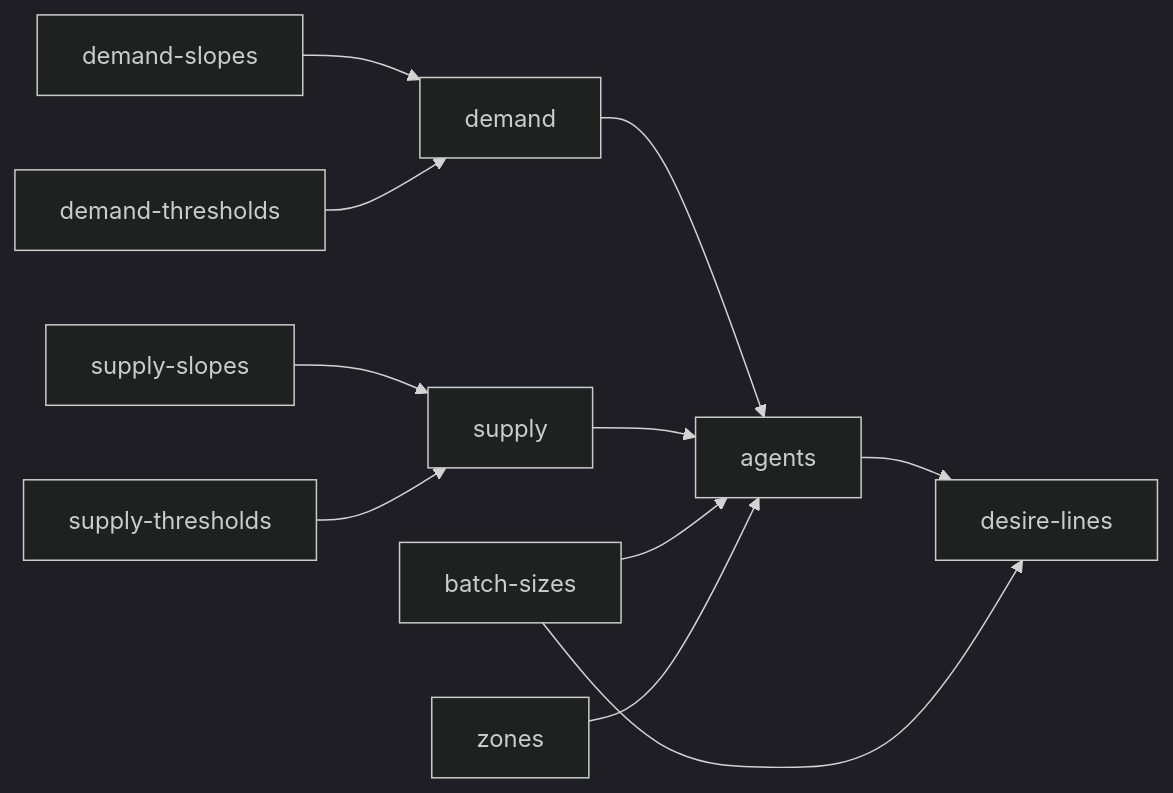
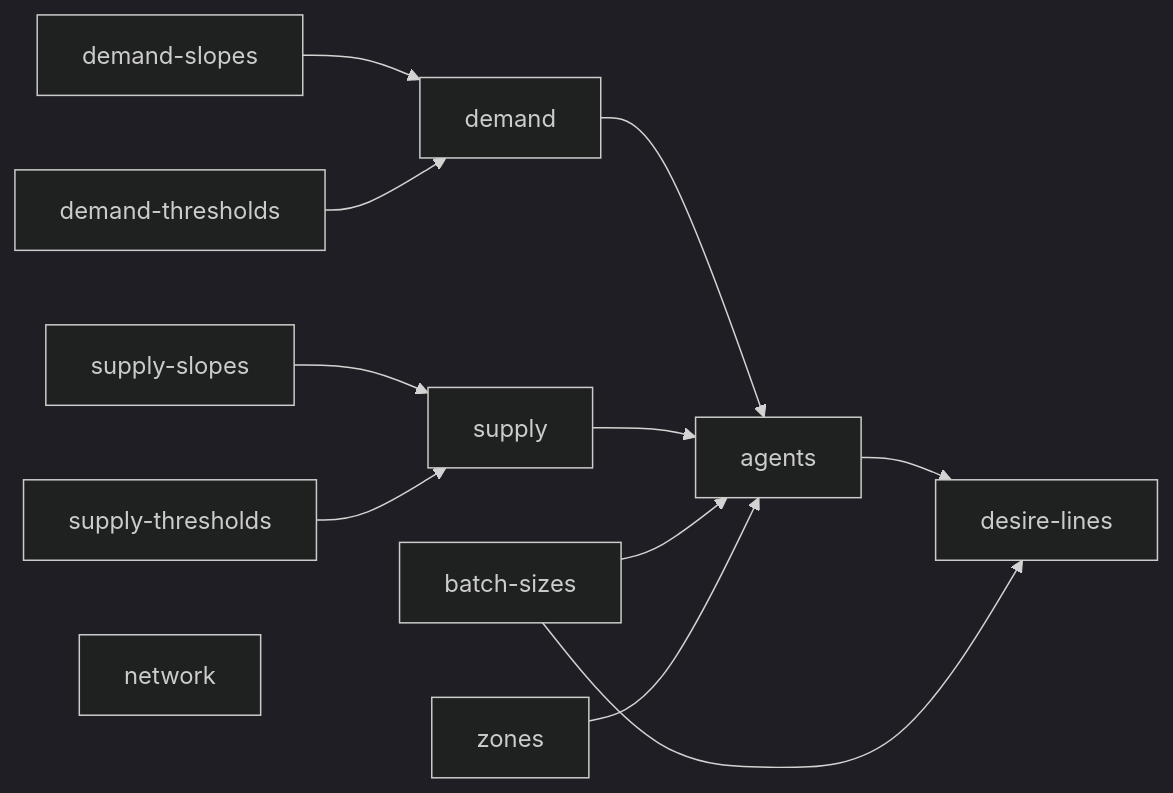
The diagram in README.md (hcubasd/urban-dollop), drawn with Mermaid (dark theme) before and after one commit. The commit also changed 4 other files, not shown here.

````diff
--- a/README.md
+++ b/README.md
@@ -3,13 +3,14 @@
 ```mermaid
 flowchart LR
     demand_slopes[demand-slopes] --> demand[demand]
     demand_thresholds[demand-thresholds] --> demand
     supply_slopes[supply-slopes] --> supply[supply]
     supply_thresholds[supply-thresholds] --> supply
     demand --> agents[agents]
     supply --> agents
     batch_sizes[batch-sizes] --> agents
     zones[zones] --> agents[agents]
     agents --> desire_lines[desire-lines]
     batch_sizes --> desire_lines
+    network[network]
 ```
````
